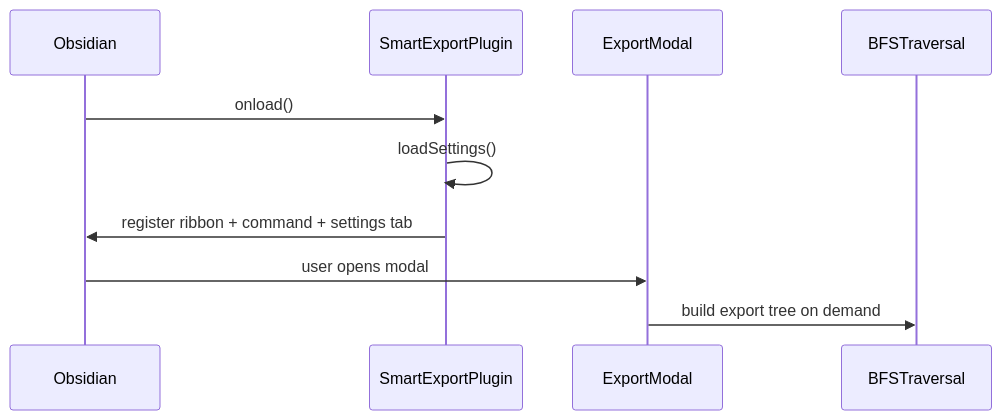
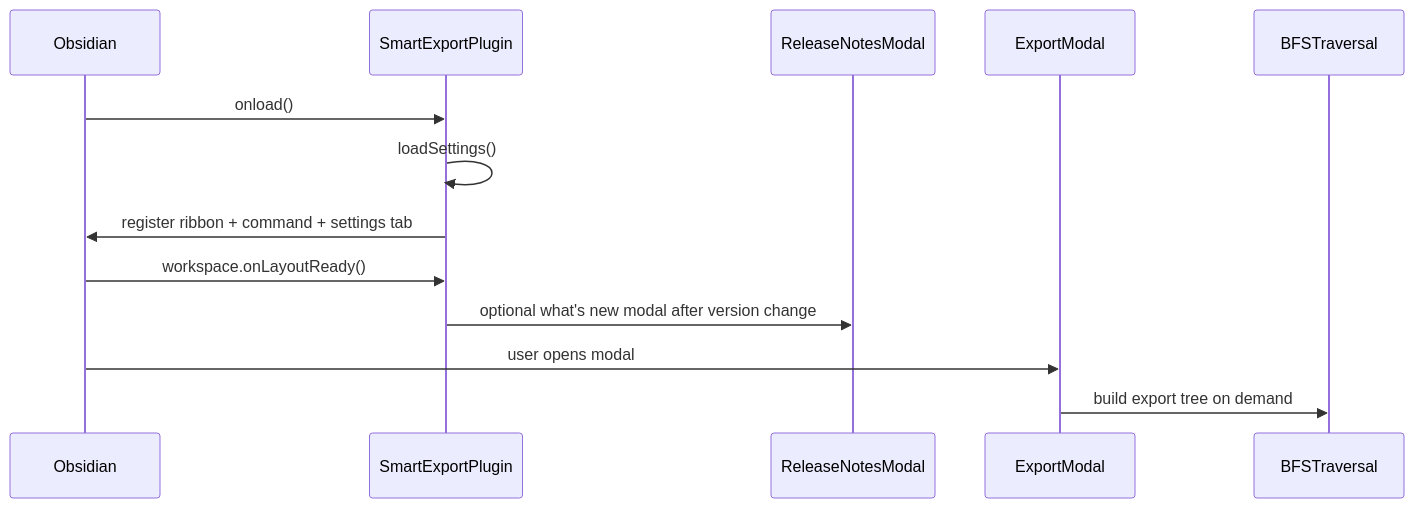
The diagram in docs/startup-process.md (LittleHaku/obsidian-smart-export), drawn with Mermaid before and after one commit. The commit also changed other lines of this file and 17 other files, not shown here.

First line of the commit message:
feat: add what's new modal for plugin updates (#70)

````diff
--- a/docs/startup-process.md
+++ b/docs/startup-process.md
@@ -22,13 +22,16 @@
 ```mermaid
 sequenceDiagram
     participant Obsidian
     participant Plugin as SmartExportPlugin
+    participant ReleaseNotes as ReleaseNotesModal
     participant Modal as ExportModal
     participant Traversal as BFSTraversal
 
     Obsidian->>Plugin: onload()
     Plugin->>Plugin: loadSettings()
     Plugin->>Obsidian: register ribbon + command + settings tab
+    Obsidian->>Plugin: workspace.onLayoutReady()
+    Plugin->>ReleaseNotes: optional what's new modal after version change
     Obsidian->>Modal: user opens modal
     Modal->>Traversal: build export tree on demand
 ```
````
